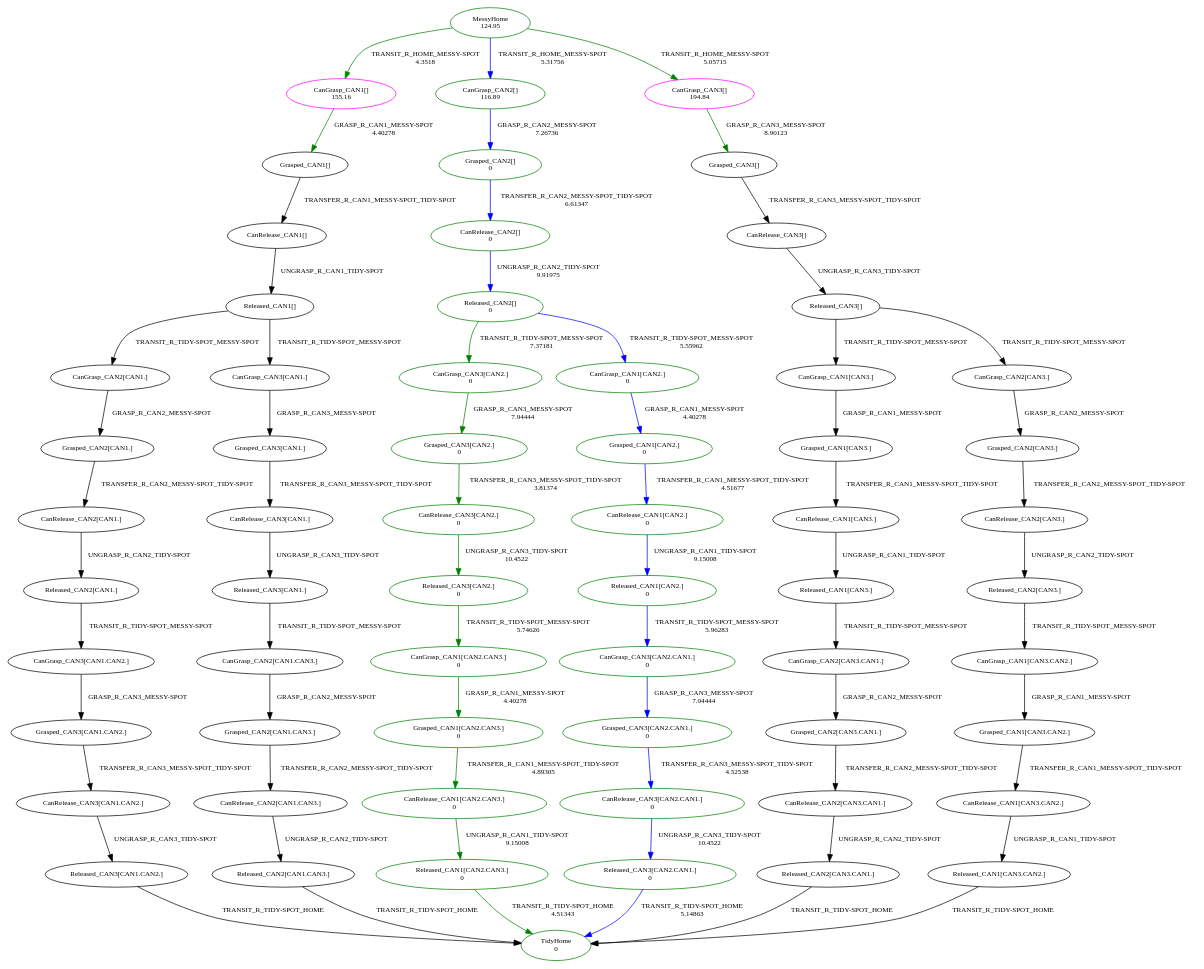
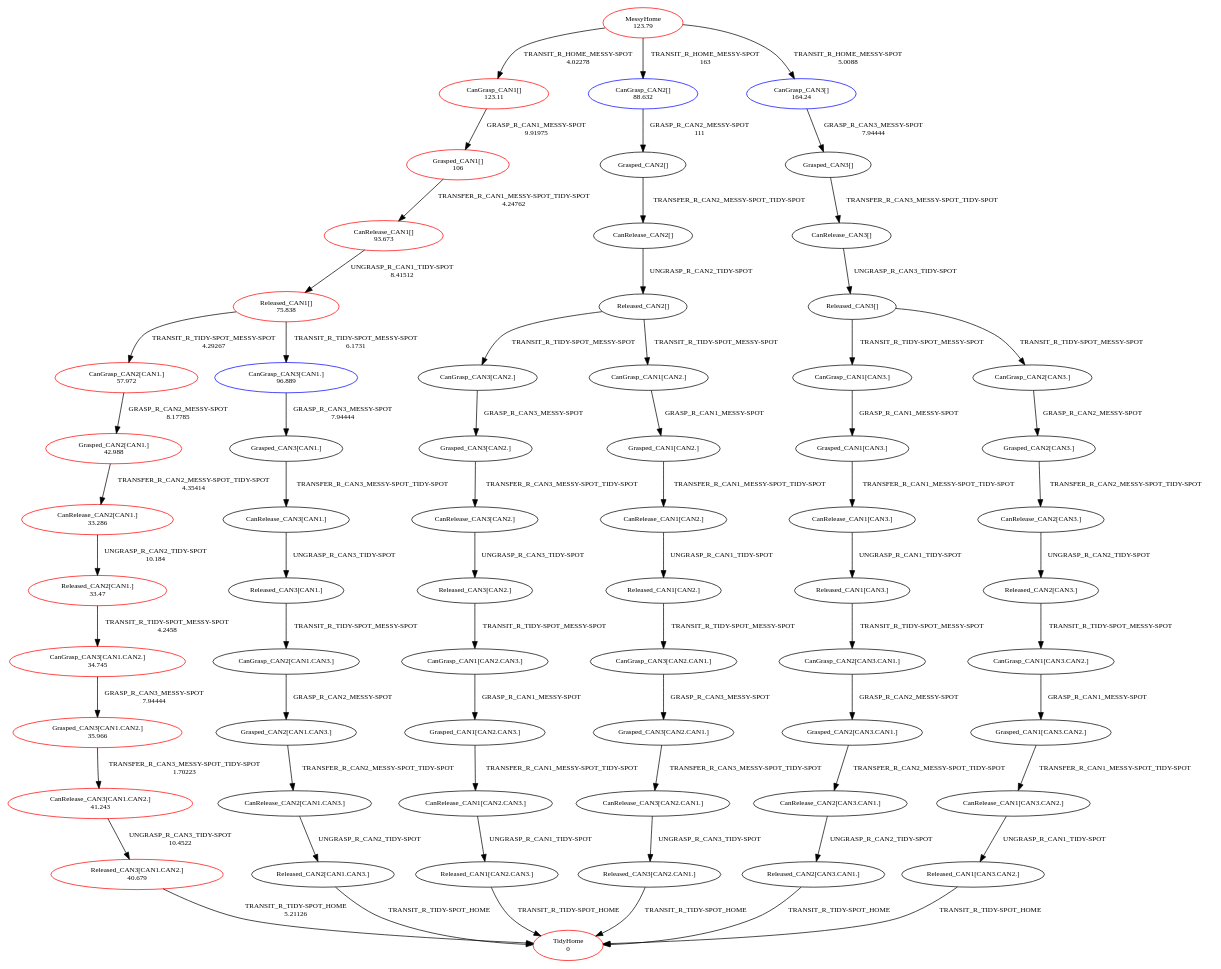
One commit to tttor/hiroken-ros-pkg changed the diagram in planner_manager/tmg/tmg.dot. Above: the diagram before and after it, drawn with Graphviz. The commit also changed 61 other files, not shown here.

```diff
--- a/planner_manager/tmg/tmg.dot
+++ b/planner_manager/tmg/tmg.dot
@@ -1,130 +1,130 @@
 digraph G {
-0[label="MessyHome\n124.95",fontsize="10",color="green"];
-1[label="TidyHome\n0",fontsize="10",color="green"];
-2[label="CanGrasp_CAN1[]\n155.16",fontsize="10",color="magenta"];
-3[label="Grasped_CAN1[]",fontsize="10"];
-4[label="CanRelease_CAN1[]",fontsize="10"];
-5[label="Released_CAN1[]",fontsize="10"];
-6[label="CanGrasp_CAN2[CAN1.]",fontsize="10"];
-7[label="Grasped_CAN2[CAN1.]",fontsize="10"];
-8[label="CanRelease_CAN2[CAN1.]",fontsize="10"];
-9[label="Released_CAN2[CAN1.]",fontsize="10"];
-10[label="CanGrasp_CAN3[CAN1.CAN2.]",fontsize="10"];
-11[label="Grasped_CAN3[CAN1.CAN2.]",fontsize="10"];
-12[label="CanRelease_CAN3[CAN1.CAN2.]",fontsize="10"];
-13[label="Released_CAN3[CAN1.CAN2.]",fontsize="10"];
-14[label="CanGrasp_CAN3[CAN1.]",fontsize="10"];
+0[label="MessyHome\n123.79",fontsize="10",color="red"];
+1[label="TidyHome\n0",fontsize="10",color="red"];
+2[label="CanGrasp_CAN1[]\n123.11",fontsize="10",color="red"];
+3[label="Grasped_CAN1[]\n106",fontsize="10",color="red"];
+4[label="CanRelease_CAN1[]\n93.673",fontsize="10",color="red"];
+5[label="Released_CAN1[]\n75.838",fontsize="10",color="red"];
+6[label="CanGrasp_CAN2[CAN1.]\n57.972",fontsize="10",color="red"];
+7[label="Grasped_CAN2[CAN1.]\n42.988",fontsize="10",color="red"];
+8[label="CanRelease_CAN2[CAN1.]\n33.286",fontsize="10",color="red"];
+9[label="Released_CAN2[CAN1.]\n33.47",fontsize="10",color="red"];
+10[label="CanGrasp_CAN3[CAN1.CAN2.]\n34.745",fontsize="10",color="red"];
+11[label="Grasped_CAN3[CAN1.CAN2.]\n35.966",fontsize="10",color="red"];
+12[label="CanRelease_CAN3[CAN1.CAN2.]\n41.243",fontsize="10",color="red"];
+13[label="Released_CAN3[CAN1.CAN2.]\n40.679",fontsize="10",color="red"];
+14[label="CanGrasp_CAN3[CAN1.]\n96.889",fontsize="10",color="blue"];
 15[label="Grasped_CAN3[CAN1.]",fontsize="10"];
 16[label="CanRelease_CAN3[CAN1.]",fontsize="10"];
 17[label="Released_CAN3[CAN1.]",fontsize="10"];
 18[label="CanGrasp_CAN2[CAN1.CAN3.]",fontsize="10"];
 19[label="Grasped_CAN2[CAN1.CAN3.]",fontsize="10"];
 20[label="CanRelease_CAN2[CAN1.CAN3.]",fontsize="10"];
 21[label="Released_CAN2[CAN1.CAN3.]",fontsize="10"];
-22[label="CanGrasp_CAN2[]\n116.89",fontsize="10",color="green"];
-23[label="Grasped_CAN2[]\n0",fontsize="10",color="green"];
-24[label="CanRelease_CAN2[]\n0",fontsize="10",color="green"];
-25[label="Released_CAN2[]\n0",fontsize="10",color="green"];
-26[label="CanGrasp_CAN3[CAN2.]\n0",fontsize="10",color="green"];
-27[label="Grasped_CAN3[CAN2.]\n0",fontsize="10",color="green"];
-28[label="CanRelease_CAN3[CAN2.]\n0",fontsize="10",color="green"];
-29[label="Released_CAN3[CAN2.]\n0",fontsize="10",color="green"];
-30[label="CanGrasp_CAN1[CAN2.CAN3.]\n0",fontsize="10",color="green"];
-31[label="Grasped_CAN1[CAN2.CAN3.]\n0",fontsize="10",color="green"];
-32[label="CanRelease_CAN1[CAN2.CAN3.]\n0",fontsize="10",color="green"];
-33[label="Released_CAN1[CAN2.CAN3.]\n0",fontsize="10",color="green"];
-34[label="CanGrasp_CAN1[CAN2.]\n0",fontsize="10",color="green"];
-35[label="Grasped_CAN1[CAN2.]\n0",fontsize="10",color="green"];
-36[label="CanRelease_CAN1[CAN2.]\n0",fontsize="10",color="green"];
-37[label="Released_CAN1[CAN2.]\n0",fontsize="10",color="green"];
-38[label="CanGrasp_CAN3[CAN2.CAN1.]\n0",fontsize="10",color="green"];
-39[label="Grasped_CAN3[CAN2.CAN1.]\n0",fontsize="10",color="green"];
-40[label="CanRelease_CAN3[CAN2.CAN1.]\n0",fontsize="10",color="green"];
-41[label="Released_CAN3[CAN2.CAN1.]\n0",fontsize="10",color="green"];
-42[label="CanGrasp_CAN3[]\n194.84",fontsize="10",color="magenta"];
+22[label="CanGrasp_CAN2[]\n88.632",fontsize="10",color="blue"];
+23[label="Grasped_CAN2[]",fontsize="10"];
+24[label="CanRelease_CAN2[]",fontsize="10"];
+25[label="Released_CAN2[]",fontsize="10"];
+26[label="CanGrasp_CAN3[CAN2.]",fontsize="10"];
+27[label="Grasped_CAN3[CAN2.]",fontsize="10"];
+28[label="CanRelease_CAN3[CAN2.]",fontsize="10"];
+29[label="Released_CAN3[CAN2.]",fontsize="10"];
+30[label="CanGrasp_CAN1[CAN2.CAN3.]",fontsize="10"];
+31[label="Grasped_CAN1[CAN2.CAN3.]",fontsize="10"];
+32[label="CanRelease_CAN1[CAN2.CAN3.]",fontsize="10"];
+33[label="Released_CAN1[CAN2.CAN3.]",fontsize="10"];
+34[label="CanGrasp_CAN1[CAN2.]",fontsize="10"];
+35[label="Grasped_CAN1[CAN2.]",fontsize="10"];
+36[label="CanRelease_CAN1[CAN2.]",fontsize="10"];
+37[label="Released_CAN1[CAN2.]",fontsize="10"];
+38[label="CanGrasp_CAN3[CAN2.CAN1.]",fontsize="10"];
+39[label="Grasped_CAN3[CAN2.CAN1.]",fontsize="10"];
+40[label="CanRelease_CAN3[CAN2.CAN1.]",fontsize="10"];
+41[label="Released_CAN3[CAN2.CAN1.]",fontsize="10"];
+42[label="CanGrasp_CAN3[]\n164.24",fontsize="10",color="blue"];
 43[label="Grasped_CAN3[]",fontsize="10"];
 44[label="CanRelease_CAN3[]",fontsize="10"];
 45[label="Released_CAN3[]",fontsize="10"];
 46[label="CanGrasp_CAN1[CAN3.]",fontsize="10"];
 47[label="Grasped_CAN1[CAN3.]",fontsize="10"];
 48[label="CanRelease_CAN1[CAN3.]",fontsize="10"];
 49[label="Released_CAN1[CAN3.]",fontsize="10"];
 50[label="CanGrasp_CAN2[CAN3.CAN1.]",fontsize="10"];
 51[label="Grasped_CAN2[CAN3.CAN1.]",fontsize="10"];
 52[label="CanRelease_CAN2[CAN3.CAN1.]",fontsize="10"];
 53[label="Released_CAN2[CAN3.CAN1.]",fontsize="10"];
 54[label="CanGrasp_CAN2[CAN3.]",fontsize="10"];
 55[label="Grasped_CAN2[CAN3.]",fontsize="10"];
 56[label="CanRelease_CAN2[CAN3.]",fontsize="10"];
 57[label="Released_CAN2[CAN3.]",fontsize="10"];
 58[label="CanGrasp_CAN1[CAN3.CAN2.]",fontsize="10"];
 59[label="Grasped_CAN1[CAN3.CAN2.]",fontsize="10"];
 60[label="CanRelease_CAN1[CAN3.CAN2.]",fontsize="10"];
 61[label="Released_CAN1[CAN3.CAN2.]",fontsize="10"];
-0->2 [label="TRANSIT_R_HOME_MESSY-SPOT\n4.3518",fontsize="10",color="green"];
-2->3 [label="GRASP_R_CAN1_MESSY-SPOT\n4.40278",fontsize="10",color="green"];
-3->4 [label="TRANSFER_R_CAN1_MESSY-SPOT_TIDY-SPOT",fontsize="10"];
-4->5 [label="UNGRASP_R_CAN1_TIDY-SPOT",fontsize="10"];
-5->6 [label="TRANSIT_R_TIDY-SPOT_MESSY-SPOT",fontsize="10"];
-6->7 [label="GRASP_R_CAN2_MESSY-SPOT",fontsize="10"];
-7->8 [label="TRANSFER_R_CAN2_MESSY-SPOT_TIDY-SPOT",fontsize="10"];
-8->9 [label="UNGRASP_R_CAN2_TIDY-SPOT",fontsize="10"];
-9->10 [label="TRANSIT_R_TIDY-SPOT_MESSY-SPOT",fontsize="10"];
-10->11 [label="GRASP_R_CAN3_MESSY-SPOT",fontsize="10"];
-11->12 [label="TRANSFER_R_CAN3_MESSY-SPOT_TIDY-SPOT",fontsize="10"];
-12->13 [label="UNGRASP_R_CAN3_TIDY-SPOT",fontsize="10"];
-13->1 [label="TRANSIT_R_TIDY-SPOT_HOME",fontsize="10"];
-5->14 [label="TRANSIT_R_TIDY-SPOT_MESSY-SPOT",fontsize="10"];
-14->15 [label="GRASP_R_CAN3_MESSY-SPOT",fontsize="10"];
+0->2 [label="TRANSIT_R_HOME_MESSY-SPOT\n4.02278",fontsize="10"];
+2->3 [label="GRASP_R_CAN1_MESSY-SPOT\n9.91975",fontsize="10"];
+3->4 [label="TRANSFER_R_CAN1_MESSY-SPOT_TIDY-SPOT\n4.24762",fontsize="10"];
+4->5 [label="UNGRASP_R_CAN1_TIDY-SPOT\n8.41512",fontsize="10"];
+5->6 [label="TRANSIT_R_TIDY-SPOT_MESSY-SPOT\n4.29267",fontsize="10"];
+6->7 [label="GRASP_R_CAN2_MESSY-SPOT\n8.17785",fontsize="10"];
+7->8 [label="TRANSFER_R_CAN2_MESSY-SPOT_TIDY-SPOT\n4.35414",fontsize="10"];
+8->9 [label="UNGRASP_R_CAN2_TIDY-SPOT\n10.184",fontsize="10"];
+9->10 [label="TRANSIT_R_TIDY-SPOT_MESSY-SPOT\n4.2458",fontsize="10"];
+10->11 [label="GRASP_R_CAN3_MESSY-SPOT\n7.94444",fontsize="10"];
+11->12 [label="TRANSFER_R_CAN3_MESSY-SPOT_TIDY-SPOT\n1.70223",fontsize="10"];
+12->13 [label="UNGRASP_R_CAN3_TIDY-SPOT\n10.4522",fontsize="10"];
+13->1 [label="TRANSIT_R_TIDY-SPOT_HOME\n5.21126",fontsize="10"];
+5->14 [label="TRANSIT_R_TIDY-SPOT_MESSY-SPOT\n6.1731",fontsize="10"];
+14->15 [label="GRASP_R_CAN3_MESSY-SPOT\n7.94444",fontsize="10"];
 15->16 [label="TRANSFER_R_CAN3_MESSY-SPOT_TIDY-SPOT",fontsize="10"];
 16->17 [label="UNGRASP_R_CAN3_TIDY-SPOT",fontsize="10"];
 17->18 [label="TRANSIT_R_TIDY-SPOT_MESSY-SPOT",fontsize="10"];
 18->19 [label="GRASP_R_CAN2_MESSY-SPOT",fontsize="10"];
 19->20 [label="TRANSFER_R_CAN2_MESSY-SPOT_TIDY-SPOT",fontsize="10"];
 20->21 [label="UNGRASP_R_CAN2_TIDY-SPOT",fontsize="10"];
 21->1 [label="TRANSIT_R_TIDY-SPOT_HOME",fontsize="10"];
-0->22 [label="TRANSIT_R_HOME_MESSY-SPOT\n5.31756",fontsize="10",color="blue"];
-22->23 [label="GRASP_R_CAN2_MESSY-SPOT\n7.26736",fontsize="10",color="blue"];
-23->24 [label="TRANSFER_R_CAN2_MESSY-SPOT_TIDY-SPOT\n6.61347",fontsize="10",color="blue"];
-24->25 [label="UNGRASP_R_CAN2_TIDY-SPOT\n9.91975",fontsize="10",color="blue"];
-25->26 [label="TRANSIT_R_TIDY-SPOT_MESSY-SPOT\n7.37181",fontsize="10",color="green"];
-26->27 [label="GRASP_R_CAN3_MESSY-SPOT\n7.94444",fontsize="10",color="green"];
-27->28 [label="TRANSFER_R_CAN3_MESSY-SPOT_TIDY-SPOT\n3.81374",fontsize="10",color="green"];
-28->29 [label="UNGRASP_R_CAN3_TIDY-SPOT\n10.4522",fontsize="10",color="green"];
-29->30 [label="TRANSIT_R_TIDY-SPOT_MESSY-SPOT\n5.74626",fontsize="10",color="green"];
-30->31 [label="GRASP_R_CAN1_MESSY-SPOT\n4.40278",fontsize="10",color="green"];
-31->32 [label="TRANSFER_R_CAN1_MESSY-SPOT_TIDY-SPOT\n4.89305",fontsize="10",color="green"];
-32->33 [label="UNGRASP_R_CAN1_TIDY-SPOT\n9.15008",fontsize="10",color="green"];
-33->1 [label="TRANSIT_R_TIDY-SPOT_HOME\n4.51343",fontsize="10",color="green"];
-25->34 [label="TRANSIT_R_TIDY-SPOT_MESSY-SPOT\n5.55962",fontsize="10",color="blue"];
-34->35 [label="GRASP_R_CAN1_MESSY-SPOT\n4.40278",fontsize="10",color="blue"];
-35->36 [label="TRANSFER_R_CAN1_MESSY-SPOT_TIDY-SPOT\n4.51677",fontsize="10",color="blue"];
-36->37 [label="UNGRASP_R_CAN1_TIDY-SPOT\n9.15008",fontsize="10",color="blue"];
-37->38 [label="TRANSIT_R_TIDY-SPOT_MESSY-SPOT\n5.96283",fontsize="10",color="blue"];
-38->39 [label="GRASP_R_CAN3_MESSY-SPOT\n7.94444",fontsize="10",color="blue"];
-39->40 [label="TRANSFER_R_CAN3_MESSY-SPOT_TIDY-SPOT\n4.52538",fontsize="10",color="blue"];
-40->41 [label="UNGRASP_R_CAN3_TIDY-SPOT\n10.4522",fontsize="10",color="blue"];
-41->1 [label="TRANSIT_R_TIDY-SPOT_HOME\n5.14863",fontsize="10",color="blue"];
-0->42 [label="TRANSIT_R_HOME_MESSY-SPOT\n5.05715",fontsize="10",color="green"];
-42->43 [label="GRASP_R_CAN3_MESSY-SPOT\n8.90123",fontsize="10",color="green"];
+0->22 [label="TRANSIT_R_HOME_MESSY-SPOT\n163",fontsize="10"];
+22->23 [label="GRASP_R_CAN2_MESSY-SPOT\n111",fontsize="10"];
+23->24 [label="TRANSFER_R_CAN2_MESSY-SPOT_TIDY-SPOT",fontsize="10"];
+24->25 [label="UNGRASP_R_CAN2_TIDY-SPOT",fontsize="10"];
+25->26 [label="TRANSIT_R_TIDY-SPOT_MESSY-SPOT",fontsize="10"];
+26->27 [label="GRASP_R_CAN3_MESSY-SPOT",fontsize="10"];
+27->28 [label="TRANSFER_R_CAN3_MESSY-SPOT_TIDY-SPOT",fontsize="10"];
+28->29 [label="UNGRASP_R_CAN3_TIDY-SPOT",fontsize="10"];
+29->30 [label="TRANSIT_R_TIDY-SPOT_MESSY-SPOT",fontsize="10"];
+30->31 [label="GRASP_R_CAN1_MESSY-SPOT",fontsize="10"];
+31->32 [label="TRANSFER_R_CAN1_MESSY-SPOT_TIDY-SPOT",fontsize="10"];
+32->33 [label="UNGRASP_R_CAN1_TIDY-SPOT",fontsize="10"];
+33->1 [label="TRANSIT_R_TIDY-SPOT_HOME",fontsize="10"];
+25->34 [label="TRANSIT_R_TIDY-SPOT_MESSY-SPOT",fontsize="10"];
+34->35 [label="GRASP_R_CAN1_MESSY-SPOT",fontsize="10"];
+35->36 [label="TRANSFER_R_CAN1_MESSY-SPOT_TIDY-SPOT",fontsize="10"];
+36->37 [label="UNGRASP_R_CAN1_TIDY-SPOT",fontsize="10"];
+37->38 [label="TRANSIT_R_TIDY-SPOT_MESSY-SPOT",fontsize="10"];
+38->39 [label="GRASP_R_CAN3_MESSY-SPOT",fontsize="10"];
+39->40 [label="TRANSFER_R_CAN3_MESSY-SPOT_TIDY-SPOT",fontsize="10"];
+40->41 [label="UNGRASP_R_CAN3_TIDY-SPOT",fontsize="10"];
+41->1 [label="TRANSIT_R_TIDY-SPOT_HOME",fontsize="10"];
+0->42 [label="TRANSIT_R_HOME_MESSY-SPOT\n5.0088",fontsize="10"];
+42->43 [label="GRASP_R_CAN3_MESSY-SPOT\n7.94444",fontsize="10"];
 43->44 [label="TRANSFER_R_CAN3_MESSY-SPOT_TIDY-SPOT",fontsize="10"];
 44->45 [label="UNGRASP_R_CAN3_TIDY-SPOT",fontsize="10"];
 45->46 [label="TRANSIT_R_TIDY-SPOT_MESSY-SPOT",fontsize="10"];
 46->47 [label="GRASP_R_CAN1_MESSY-SPOT",fontsize="10"];
 47->48 [label="TRANSFER_R_CAN1_MESSY-SPOT_TIDY-SPOT",fontsize="10"];
 48->49 [label="UNGRASP_R_CAN1_TIDY-SPOT",fontsize="10"];
 49->50 [label="TRANSIT_R_TIDY-SPOT_MESSY-SPOT",fontsize="10"];
 50->51 [label="GRASP_R_CAN2_MESSY-SPOT",fontsize="10"];
 51->52 [label="TRANSFER_R_CAN2_MESSY-SPOT_TIDY-SPOT",fontsize="10"];
 52->53 [label="UNGRASP_R_CAN2_TIDY-SPOT",fontsize="10"];
 53->1 [label="TRANSIT_R_TIDY-SPOT_HOME",fontsize="10"];
 45->54 [label="TRANSIT_R_TIDY-SPOT_MESSY-SPOT",fontsize="10"];
 54->55 [label="GRASP_R_CAN2_MESSY-SPOT",fontsize="10"];
 55->56 [label="TRANSFER_R_CAN2_MESSY-SPOT_TIDY-SPOT",fontsize="10"];
 56->57 [label="UNGRASP_R_CAN2_TIDY-SPOT",fontsize="10"];
 57->58 [label="TRANSIT_R_TIDY-SPOT_MESSY-SPOT",fontsize="10"];
 58->59 [label="GRASP_R_CAN1_MESSY-SPOT",fontsize="10"];
 59->60 [label="TRANSFER_R_CAN1_MESSY-SPOT_TIDY-SPOT",fontsize="10"];
 60->61 [label="UNGRASP_R_CAN1_TIDY-SPOT",fontsize="10"];
 61->1 [label="TRANSIT_R_TIDY-SPOT_HOME",fontsize="10"];
 }
```
